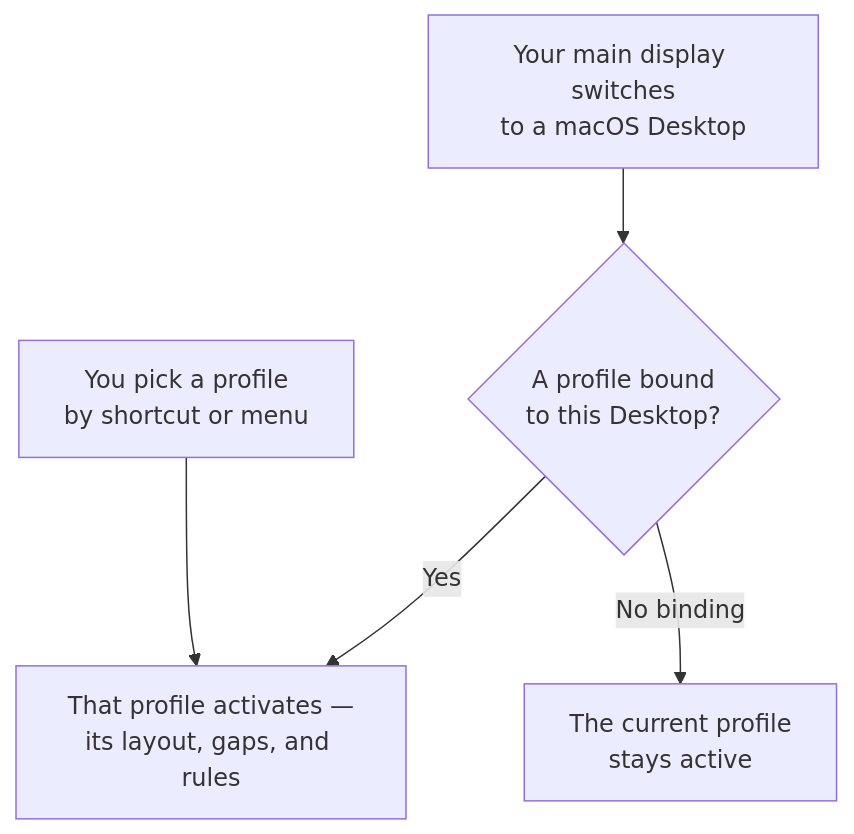
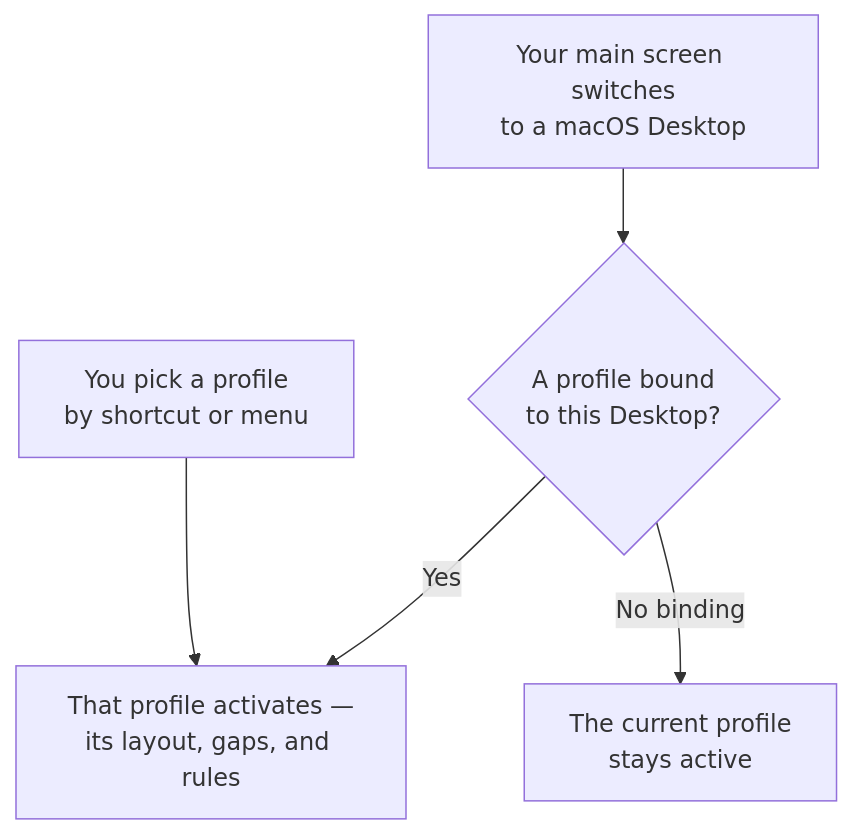
Before and after one commit to KiwiCanopy/KiwiDesk: the third of 3 diagrams in docs/user-guide.md, drawn with Mermaid. The commit also changed other lines of this file and 26 other files, not shown here.

````diff
--- a/docs/user-guide.md
+++ b/docs/user-guide.md
@@ -2796,7 +2812,7 @@
 ```mermaid
 flowchart TD
-    S["Your main display switches<br/>to a macOS Desktop"] --> B{"A profile bound<br/>to this Desktop?"}
+    S["Your main screen switches<br/>to a macOS Desktop"] --> B{"A profile bound<br/>to this Desktop?"}
     B -->|"Yes"| A["That profile activates —<br/>its layout, gaps, and rules"]
     B -->|"No binding"| K["The current profile<br/>stays active"]
     P["You pick a profile<br/>by shortcut or menu"] --> A
 ```
````
